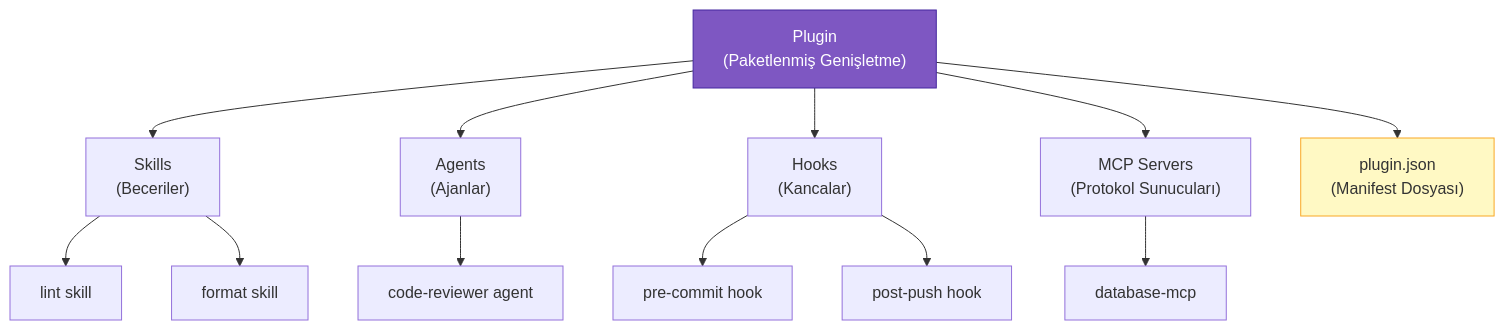
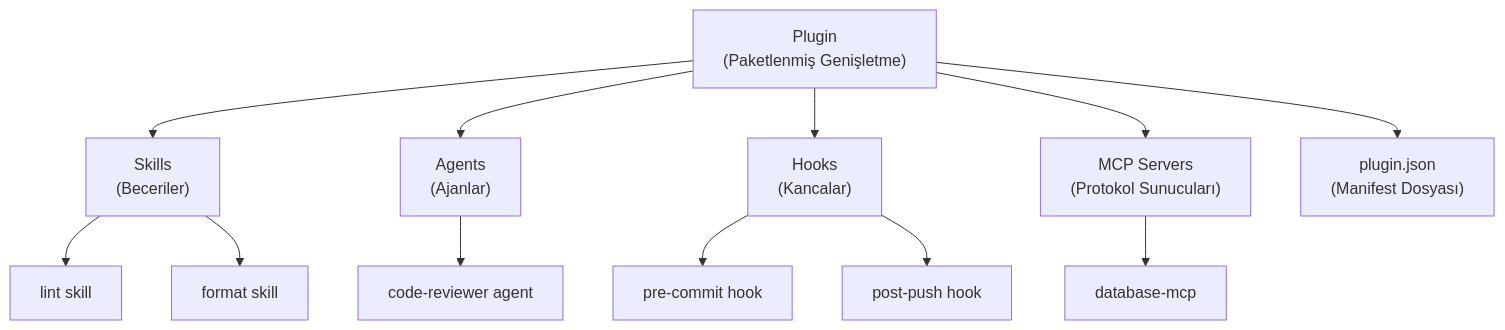
Before and after one commit to IzzetYasinAtes/ClaudeCodeHandbook: the first of 4 diagrams in 12-skills-ve-pluginler/03-plugin-sistemi.md, drawn with Mermaid. The commit also changed other lines of this file and 97 other files, not shown here.

Commit message:
Remove all custom Mermaid style/fill colors from 98 markdown files for consistent dark theme rendering

````diff
--- a/12-skills-ve-pluginler/03-plugin-sistemi.md
+++ b/12-skills-ve-pluginler/03-plugin-sistemi.md
@@ -19,23 +19,21 @@
 ```mermaid
 flowchart TD
     PLUGIN["Plugin<br/>(Paketlenmiş Genişletme)"]
 
     PLUGIN --> SKILLS["Skills<br/>(Beceriler)"]
     PLUGIN --> AGENTS["Agents<br/>(Ajanlar)"]
     PLUGIN --> HOOKS["Hooks<br/>(Kancalar)"]
     PLUGIN --> MCP["MCP Servers<br/>(Protokol Sunucuları)"]
     PLUGIN --> MANIFEST["plugin.json<br/>(Manifest Dosyası)"]
 
     SKILLS --> S1["lint skill"]
     SKILLS --> S2["format skill"]
 
     AGENTS --> A1["code-reviewer agent"]
 
     HOOKS --> H1["pre-commit hook"]
     HOOKS --> H2["post-push hook"]
 
     MCP --> M1["database-mcp"]
 
-    style PLUGIN fill:#7e57c2,stroke:#4527a0,color:#fff
-    style MANIFEST fill:#fff9c4,stroke:#f9a825
 ```
````
